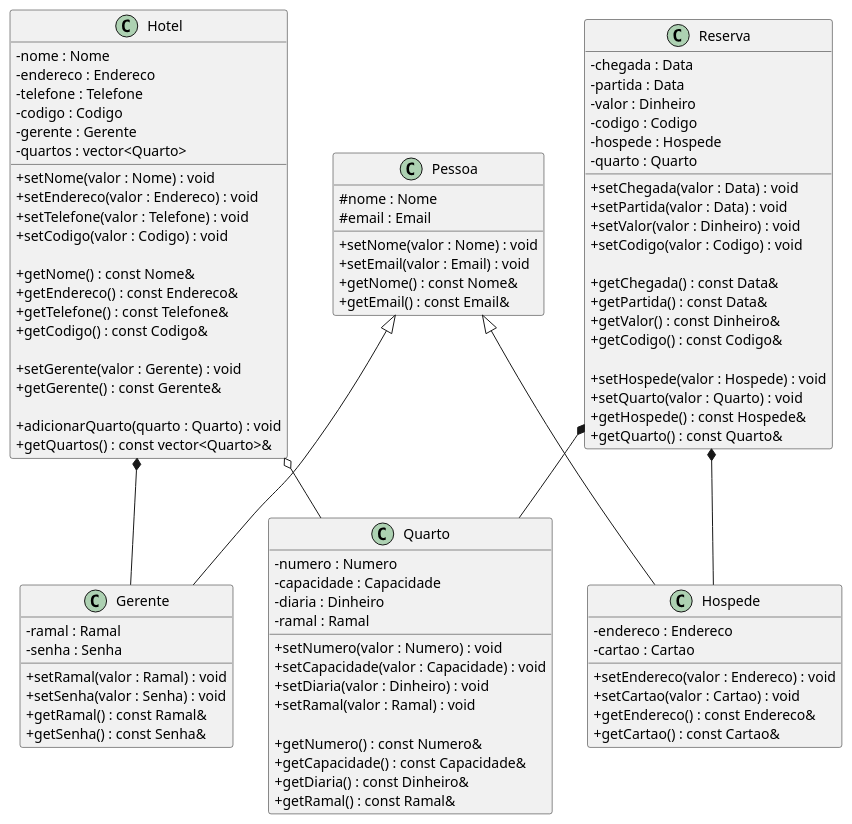
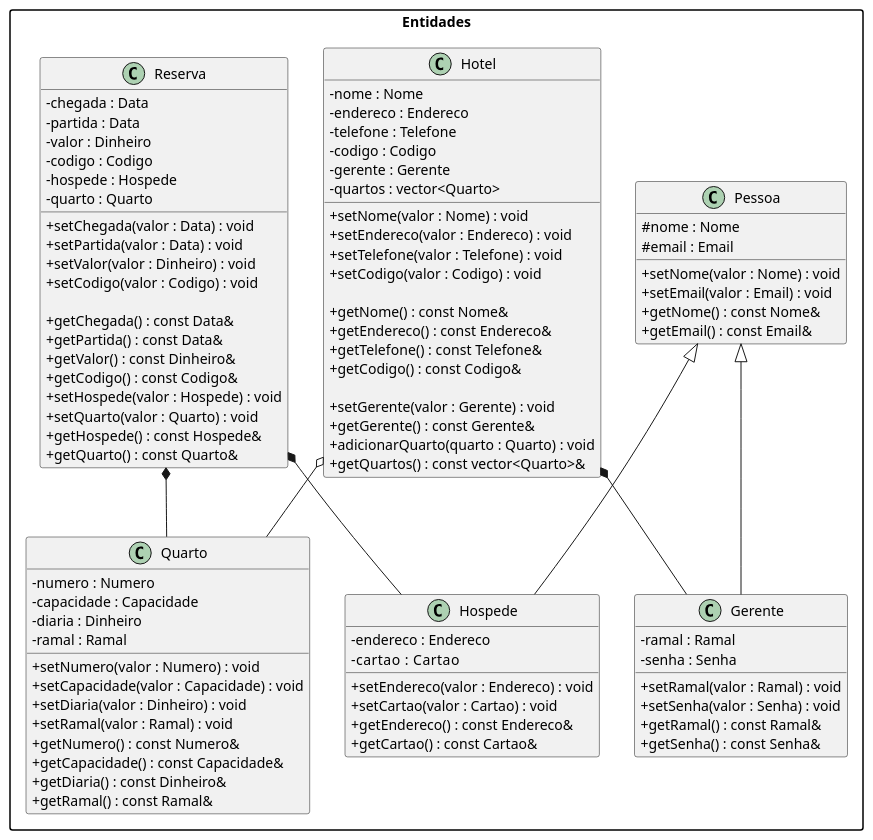
Before and after one commit to deboragoncalves35/ProjetoTP1_2.2025: the diagram in docs/uml/diagrama_uml.puml, drawn with PlantUML. The commit also changed 1 other file, not shown here.

Commit message:
Atualiza diagrama UML com versão revisada

```diff
--- a/docs/uml/diagrama_uml.puml
+++ b/docs/uml/diagrama_uml.puml
@@ -1,122 +1,120 @@
 @startuml
 
 skinparam classAttributeIconSize 0
+skinparam packageStyle rectangle
+skinparam shadowing false
 
-' =======================
-'       CLASSES
-' =======================
+package "Entidades" {
 
-class Pessoa {
-    # nome : Nome
-    # email : Email
+    class Pessoa {
+        # nome : Nome
+        # email : Email
 
-    + setNome(valor : Nome) : void
-    + setEmail(valor : Email) : void
-    + getNome() : const Nome&
-    + getEmail() : const Email&
-}
+        + setNome(valor : Nome) : void
+        + setEmail(valor : Email) : void
+        + getNome() : const Nome&
+        + getEmail() : const Email&
+    }
 
-class Gerente {
-    - ramal : Ramal
-    - senha : Senha
+    class Gerente {
+        - ramal : Ramal
+        - senha : Senha
 
-    + setRamal(valor : Ramal) : void
-    + setSenha(valor : Senha) : void
-    + getRamal() : const Ramal&
-    + getSenha() : const Senha&
-}
+        + setRamal(valor : Ramal) : void
+        + setSenha(valor : Senha) : void
+        + getRamal() : const Ramal&
+        + getSenha() : const Senha&
+    }
 
-class Hospede {
-    - endereco : Endereco
-    - cartao : Cartao
+    class Hospede {
+        - endereco : Endereco
+        - cartao   : Cartao
 
-    + setEndereco(valor : Endereco) : void
-    + setCartao(valor : Cartao) : void
-    + getEndereco() : const Endereco&
-    + getCartao() : const Cartao&
-}
+        + setEndereco(valor : Endereco) : void
+        + setCartao(valor : Cartao) : void
+        + getEndereco() : const Endereco&
+        + getCartao() : const Cartao&
+    }
 
-class Quarto {
-    - numero : Numero
-    - capacidade : Capacidade
-    - diaria : Dinheiro
-    - ramal : Ramal
+    class Hotel {
+        - nome : Nome
+        - endereco : Endereco
+        - telefone : Telefone
+        - codigo : Codigo
+        - gerente : Gerente
+        - quartos : vector<Quarto>
 
-    + setNumero(valor : Numero) : void
-    + setCapacidade(valor : Capacidade) : void
-    + setDiaria(valor : Dinheiro) : void
-    + setRamal(valor : Ramal) : void
+        + setNome(valor : Nome) : void
+        + setEndereco(valor : Endereco) : void
+        + setTelefone(valor : Telefone) : void
+        + setCodigo(valor : Codigo) : void
 
-    + getNumero() : const Numero&
-    + getCapacidade() : const Capacidade&
-    + getDiaria() : const Dinheiro&
-    + getRamal() : const Ramal&
-}
+        + getNome() : const Nome&
+        + getEndereco() : const Endereco&
+        + getTelefone() : const Telefone&
+        + getCodigo() : const Codigo&
 
-class Hotel {
-    - nome : Nome
-    - endereco : Endereco
-    - telefone : Telefone
-    - codigo : Codigo
-    - gerente : Gerente
-    - quartos : vector<Quarto>
+        + setGerente(valor : Gerente) : void
+        + getGerente() : const Gerente&
+        + adicionarQuarto(quarto : Quarto) : void
+        + getQuartos() : const vector<Quarto>&
+    }
 
-    + setNome(valor : Nome) : void
-    + setEndereco(valor : Endereco) : void
-    + setTelefone(valor : Telefone) : void
-    + setCodigo(valor : Codigo) : void
+    class Quarto {
+        - numero : Numero
+        - capacidade : Capacidade
+        - diaria : Dinheiro
+        - ramal : Ramal
 
-    + getNome() : const Nome&
-    + getEndereco() : const Endereco&
-    + getTelefone() : const Telefone&
-    + getCodigo() : const Codigo&
+        + setNumero(valor : Numero) : void
+        + setCapacidade(valor : Capacidade) : void
+        + setDiaria(valor : Dinheiro) : void
+        + setRamal(valor : Ramal) : void
+        + getNumero() : const Numero&
+        + getCapacidade() : const Capacidade&
+        + getDiaria() : const Dinheiro&
+        + getRamal() : const Ramal&
+    }
 
-    + setGerente(valor : Gerente) : void
-    + getGerente() : const Gerente&
+    class Reserva {
+        - chegada : Data
+        - partida : Data
+        - valor : Dinheiro
+        - codigo : Codigo
+        - hospede : Hospede
+        - quarto : Quarto
 
-    + adicionarQuarto(quarto : Quarto) : void
-    + getQuartos() : const vector<Quarto>&
-}
+        + setChegada(valor : Data) : void
+        + setPartida(valor : Data) : void
+        + setValor(valor : Dinheiro) : void
+        + setCodigo(valor : Codigo) : void
 
-class Reserva {
-    - chegada : Data
-    - partida : Data
-    - valor : Dinheiro
-    - codigo : Codigo
-    - hospede : Hospede
-    - quarto : Quarto
-
-    + setChegada(valor : Data) : void
-    + setPartida(valor : Data) : void
-    + setValor(valor : Dinheiro) : void
-    + setCodigo(valor : Codigo) : void
-
-    + getChegada() : const Data&
-    + getPartida() : const Data&
-    + getValor() : const Dinheiro&
-    + getCodigo() : const Codigo&
-
-    + setHospede(valor : Hospede) : void
-    + setQuarto(valor : Quarto) : void
-    + getHospede() : const Hospede&
-    + getQuarto() : const Quarto&
+        + getChegada() : const Data&
+        + getPartida() : const Data&
+        + getValor() : const Dinheiro&
+        + getCodigo() : const Codigo&
+        + setHospede(valor : Hospede) : void
+        + setQuarto(valor : Quarto) : void
+        + getHospede() : const Hospede&
+        + getQuarto() : const Quarto&
+    }
 }
 
 ' =======================
-'      HERANÇAS
+'      HERANÇA
 ' =======================
 
 Pessoa <|-- Gerente
 Pessoa <|-- Hospede
 
 ' =======================
 '     ASSOCIAÇÕES
 ' =======================
 
 Hotel *-- Gerente
 Hotel o-- Quarto
 
 Reserva *-- Hospede
 Reserva *-- Quarto
 
 @enduml
```
